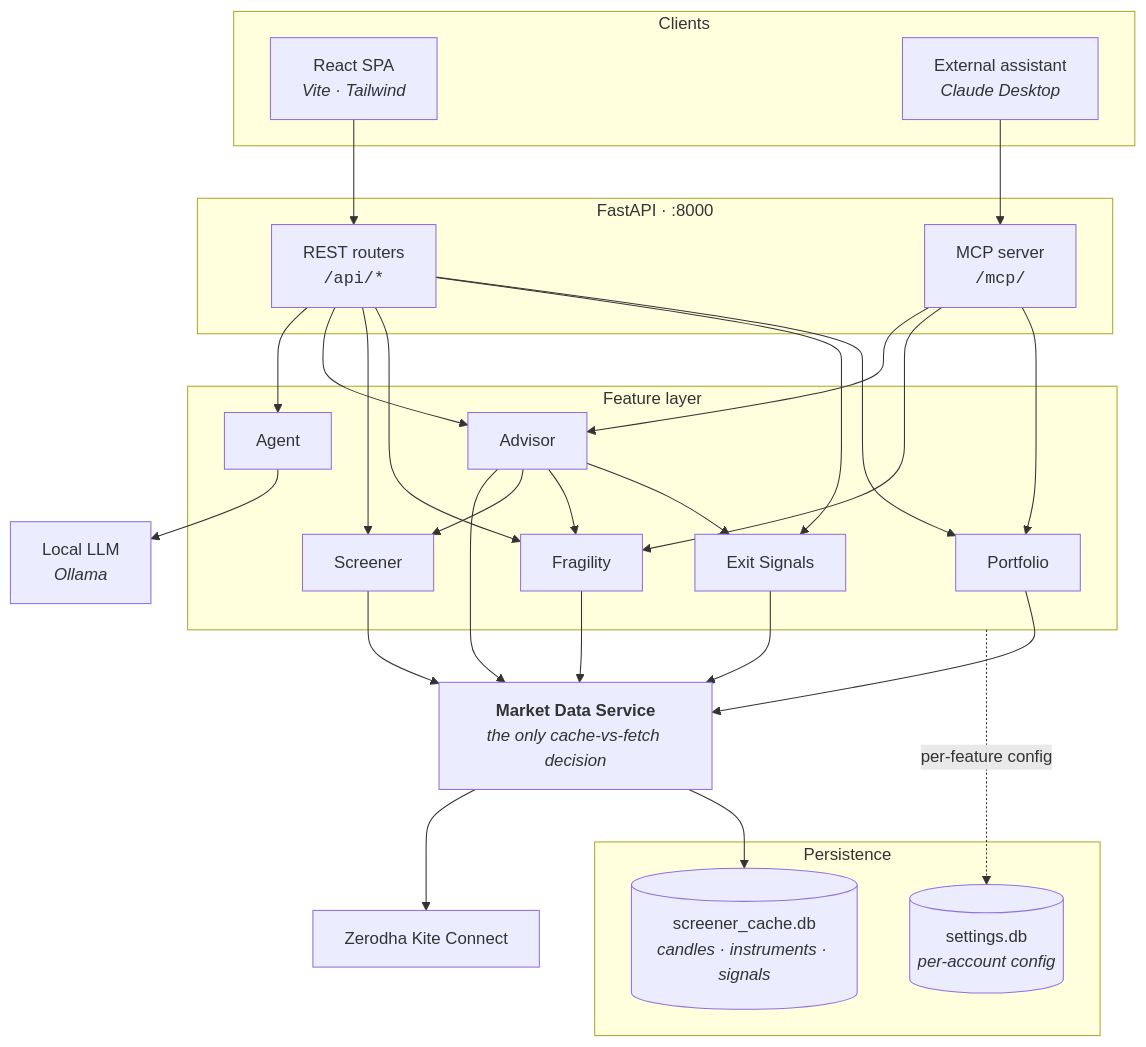
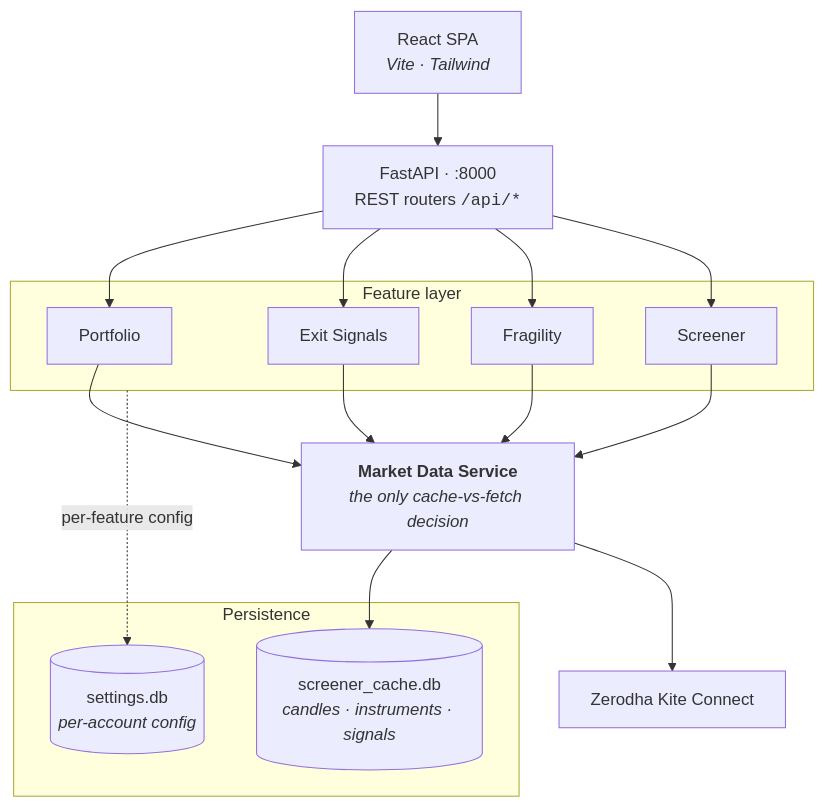
The first of 2 diagrams in README.md (SwarajFr/PortfolioManager), drawn with Mermaid before and after one commit. The commit also changed other lines of this file and 20 other files, not shown here.

````diff
--- a/README.md
+++ b/README.md
@@ -60,42 +52,29 @@
 ```mermaid
 flowchart TB
-    subgraph clients["Clients"]
-        UI["React SPA<br/><i>Vite · Tailwind</i>"]
-        EXT["External assistant<br/><i>Claude Desktop</i>"]
-    end
+    UI["React SPA<br/><i>Vite · Tailwind</i>"]
 
-    subgraph api["FastAPI · :8000"]
-        REST["REST routers<br/><code>/api/*</code>"]
-        MCP["MCP server<br/><code>/mcp/</code>"]
-    end
+    REST["FastAPI · :8000<br/>REST routers <code>/api/*</code>"]
 
     subgraph features["Feature layer"]
         PF["Portfolio"]
         EX["Exit Signals"]
         FR["Fragility"]
         SC["Screener"]
-        AD["Advisor"]
-        AG["Agent"]
     end
 
     MD["<b>Market Data Service</b><br/><i>the only cache-vs-fetch decision</i>"]
 
     subgraph storage["Persistence"]
         CACHE[("screener_cache.db<br/><i>candles · instruments · signals</i>")]
         SET[("settings.db<br/><i>per-account config</i>")]
     end
 
     KITE["Zerodha Kite Connect"]
-    LLM["Local LLM<br/><i>Ollama</i>"]
 
     UI --> REST
-    EXT --> MCP
-    REST --> PF & EX & FR & SC & AD & AG
-    MCP --> PF & FR & AD
-    AG --> LLM
-    AD --> EX & FR & SC
-    PF & EX & FR & SC & AD --> MD
+    REST --> PF & EX & FR & SC
+    PF & EX & FR & SC --> MD
     MD --> CACHE
     MD --> KITE
     features -. "per-feature config" .-> SET
 ```
````
